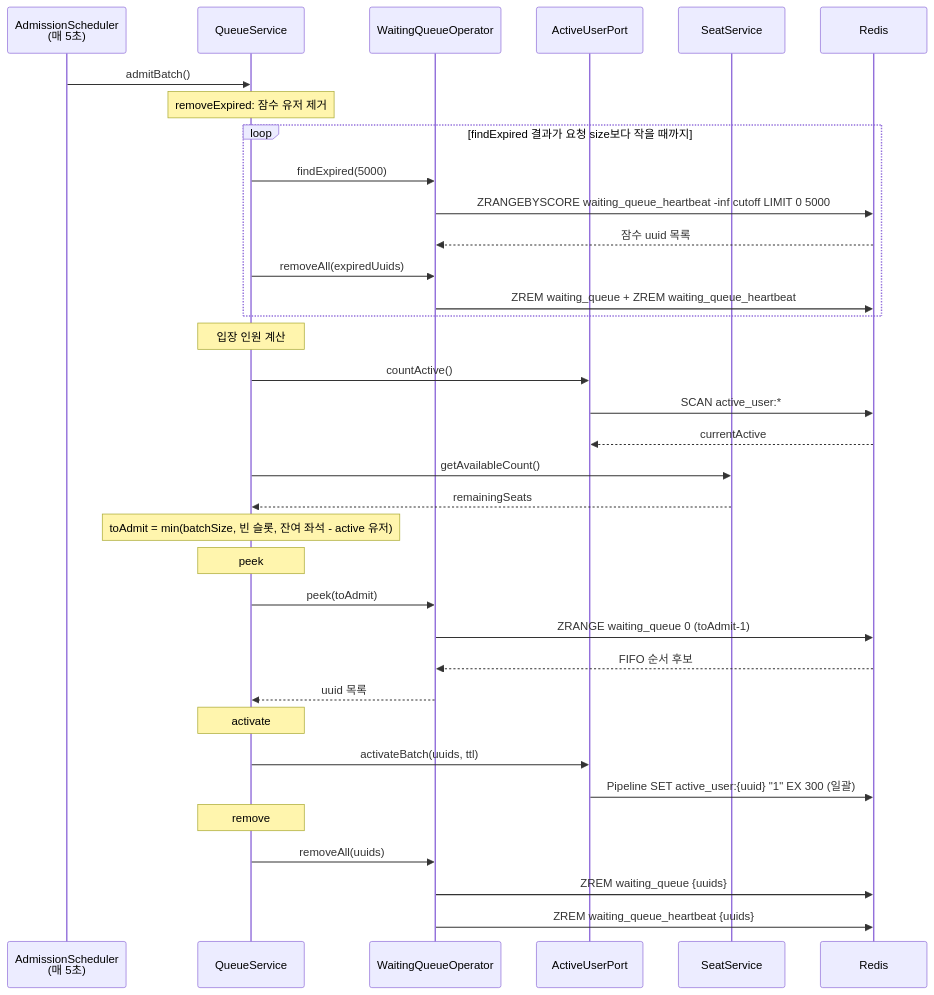
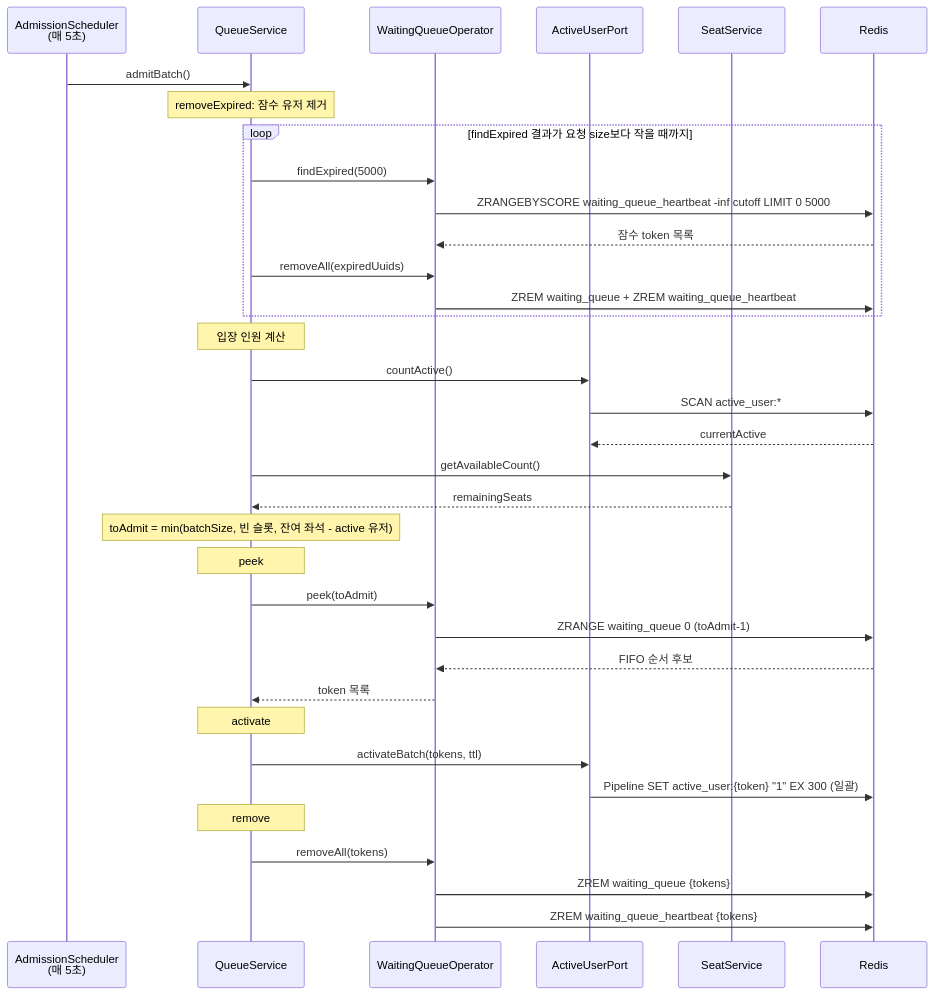
Before and after one commit to irnd04/zticket: the fourth of 8 diagrams in README.md, drawn with Mermaid. The commit also changed other lines of this file and 6 other files, not shown here.

First line of the commit message:
refactor: 전체 코드베이스에서 uuid→token/ticketId 리네이밍

````diff
--- a/README.md
+++ b/README.md
@@ -146,43 +146,43 @@
 ```mermaid
 sequenceDiagram
     participant S as AdmissionScheduler<br/>(매 5초)
     participant Q as QueueService
     participant O as WaitingQueueOperator
     participant A as ActiveUserPort
     participant SS as SeatService
     participant R as Redis
 
     S->>Q: admitBatch()
 
     Note over Q: removeExpired: 잠수 유저 제거
     loop findExpired 결과가 요청 size보다 작을 때까지
         Q->>O: findExpired(5000)
         O->>R: ZRANGEBYSCORE waiting_queue_heartbeat -inf cutoff LIMIT 0 5000
-        R-->>O: 잠수 uuid 목록
+        R-->>O: 잠수 token 목록
         Q->>O: removeAll(expiredUuids)
         O->>R: ZREM waiting_queue + ZREM waiting_queue_heartbeat
     end
 
     Note over Q: 입장 인원 계산
     Q->>A: countActive()
     A->>R: SCAN active_user:*
     R-->>A: currentActive
     Q->>SS: getAvailableCount()
     SS-->>Q: remainingSeats
     Note over Q: toAdmit = min(batchSize, 빈 슬롯, 잔여 좌석 - active 유저)
 
     Note over Q: peek
     Q->>O: peek(toAdmit)
     O->>R: ZRANGE waiting_queue 0 (toAdmit-1)
     R-->>O: FIFO 순서 후보
-    O-->>Q: uuid 목록
+    O-->>Q: token 목록
 
     Note over Q: activate
-    Q->>A: activateBatch(uuids, ttl)
-    A->>R: Pipeline SET active_user:{uuid} "1" EX 300 (일괄)
+    Q->>A: activateBatch(tokens, ttl)
+    A->>R: Pipeline SET active_user:{token} "1" EX 300 (일괄)
 
     Note over Q: remove
-    Q->>O: removeAll(uuids)
-    O->>R: ZREM waiting_queue {uuids}
-    O->>R: ZREM waiting_queue_heartbeat {uuids}
+    Q->>O: removeAll(tokens)
+    O->>R: ZREM waiting_queue {tokens}
+    O->>R: ZREM waiting_queue_heartbeat {tokens}
 ```
````
